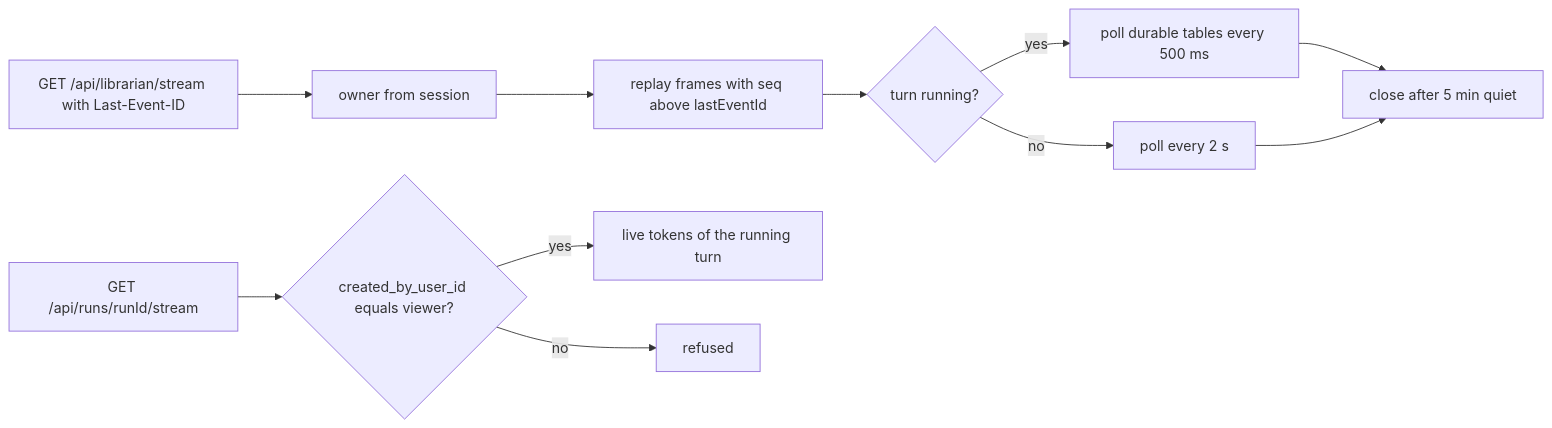
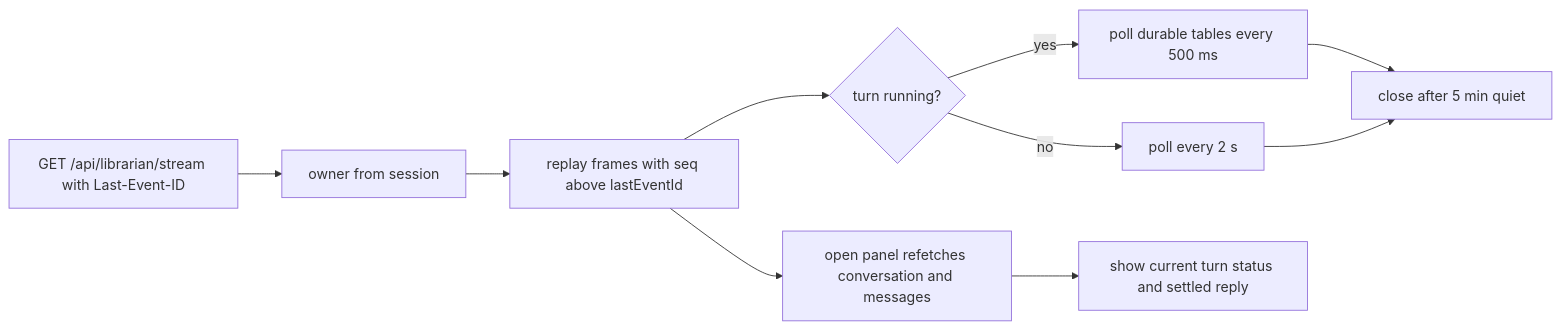
Before and after one commit to maister-dev/maister: the seventh of 7 diagrams in docs/system-analytics/librarian-conversation.md, drawn with Mermaid. The commit also changed other lines of this file and 8 other files, not shown here.

````diff
--- a/docs/system-analytics/librarian-conversation.md
+++ b/docs/system-analytics/librarian-conversation.md
@@ -196,13 +197,12 @@
 ```mermaid
 flowchart LR
     A["GET /api/librarian/stream with Last-Event-ID"] --> B["owner from session"]
     B --> C["replay frames with seq above lastEventId"]
     C --> D{"turn running?"}
     D -- yes --> E["poll durable tables every 500 ms"]
     D -- no --> F["poll every 2 s"]
     E --> G["close after 5 min quiet"]
     F --> G
-    H["GET /api/runs/runId/stream"] --> I{"created_by_user_id equals viewer?"}
-    I -- yes --> J["live tokens of the running turn"]
-    I -- no --> K["refused"]
+    C --> H["open panel refetches conversation and messages"]
+    H --> I["show current turn status and settled reply"]
 ```
````
